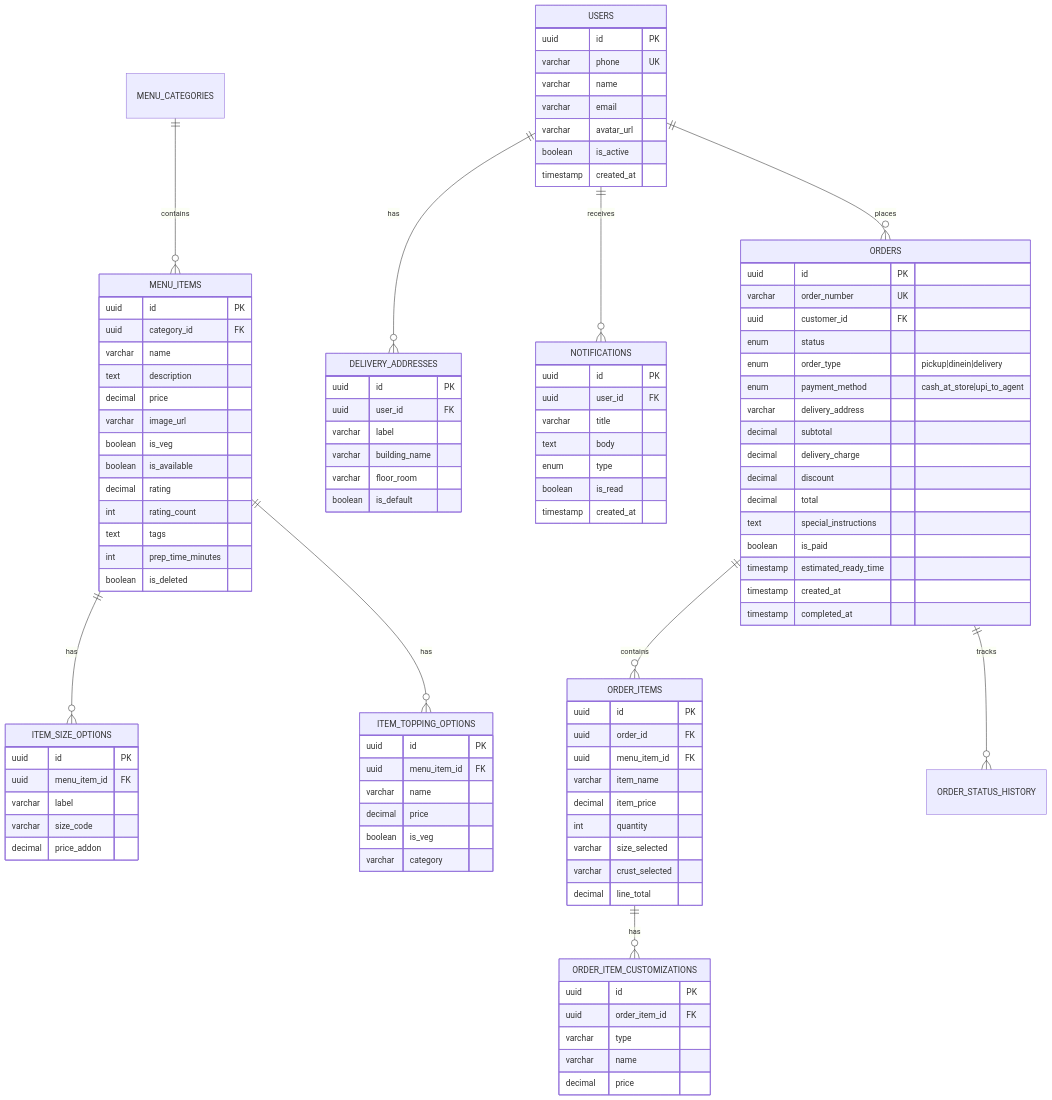
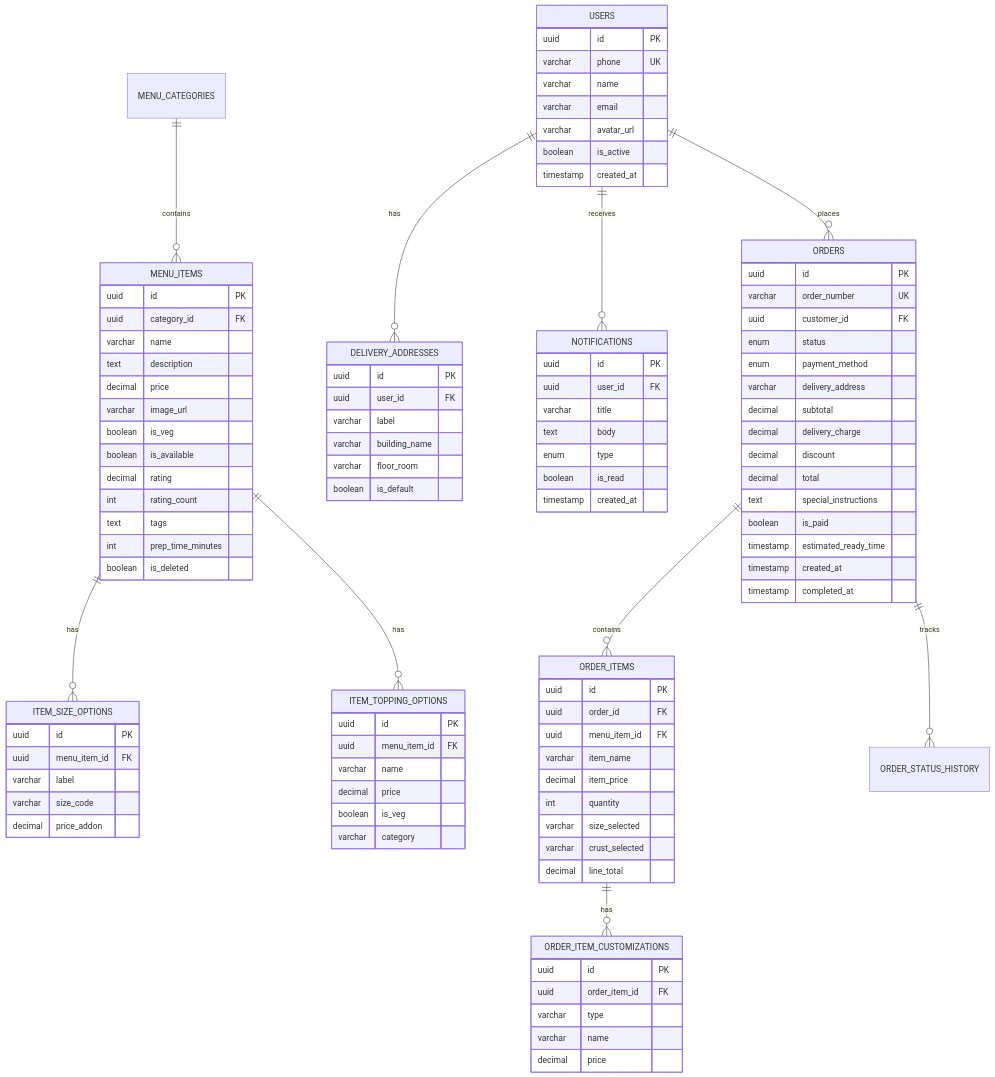
One commit to csanni/frescos-app changed the fourth of 5 diagrams in campus_food_ordering_system/docs/customer_app_system_design.md. Above: the diagram before and after it, drawn with Mermaid. The commit also changed other lines of this file and 10 other files, not shown here.

```diff
--- a/campus_food_ordering_system/docs/customer_app_system_design.md
+++ b/campus_food_ordering_system/docs/customer_app_system_design.md
@@ -755,8 +648,7 @@
         varchar order_number UK
         uuid customer_id FK
         enum status
-        enum order_type "pickup|dinein|delivery"
-        enum payment_method "cash_at_store|upi_to_agent"
+        enum payment_method
         varchar delivery_address
         decimal subtotal
         decimal delivery_charge
```
